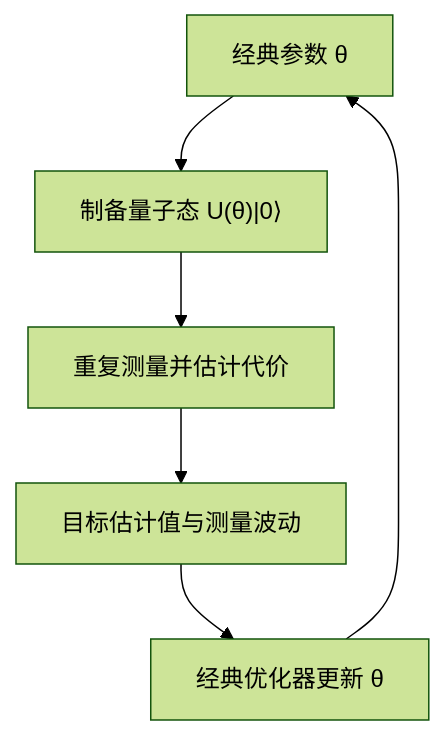
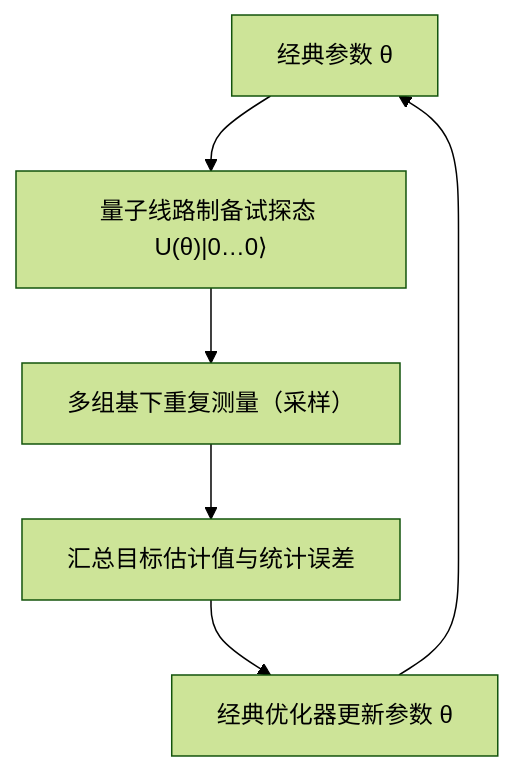
The diagram in handbook/08-applications.md (nanless/quantum-computing-handbook), drawn with Mermaid (forest theme) before and after one commit. The commit also changed other lines of this file and 386 other files, not shown here.

````diff
--- a/handbook/08-applications.md
+++ b/handbook/08-applications.md
@@ -25,8 +29,8 @@
 ```mermaid
 flowchart TB
-  A[经典参数 θ] --> B["制备量子态 U(θ)|0⟩"]
-  B --> C[重复测量并估计代价]
-  C --> D["目标估计值与测量波动"]
-  D --> E[经典优化器更新 θ]
+  A["经典参数 θ"] --> B["量子线路制备试探态 U(θ)|0…0⟩"]
+  B --> C["多组基下重复测量（采样）"]
+  C --> D["汇总目标估计值与统计误差"]
+  D --> E["经典优化器更新参数 θ"]
   E --> A
 ```
````
